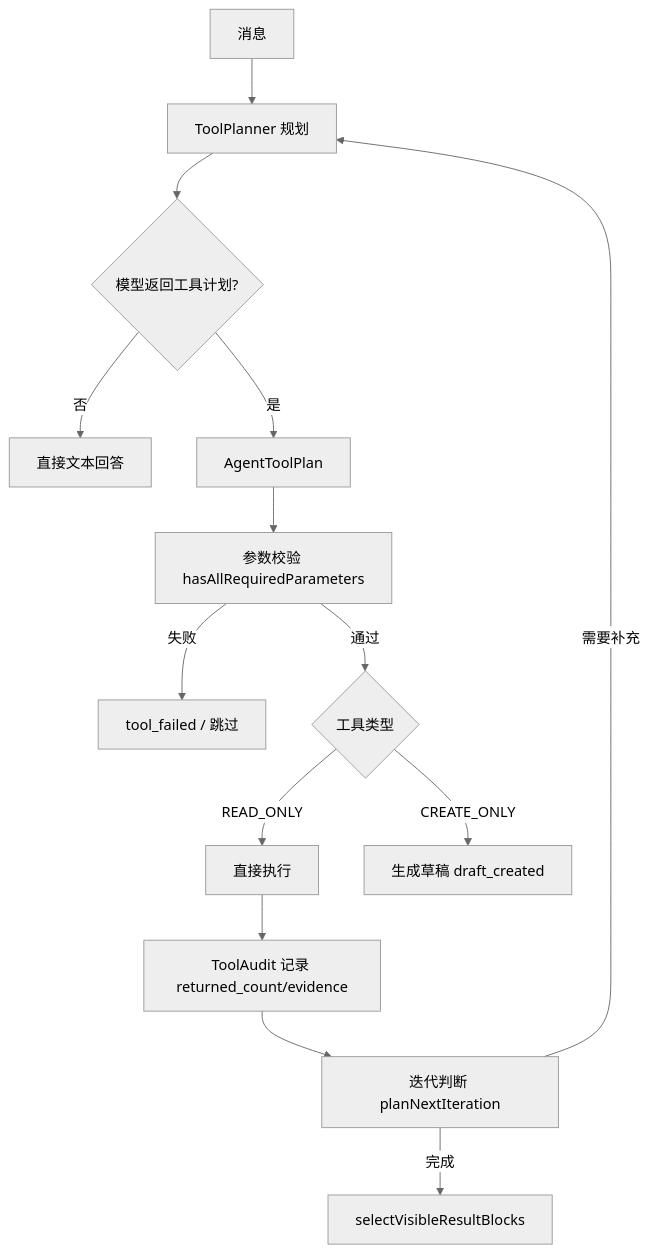
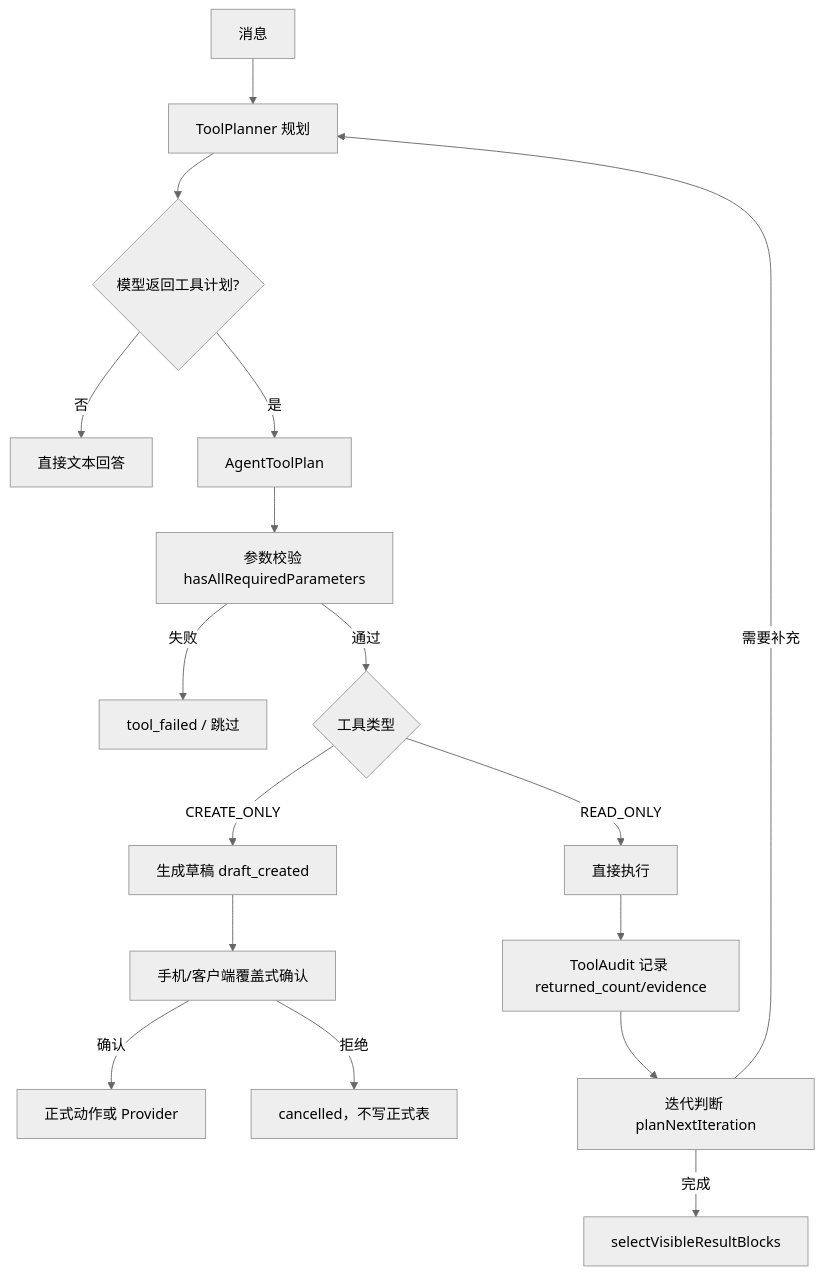
The diagram in docs/03_系统设计/Agent系统设计/工具选择与执行设计.md (sxyq/mastergoods), drawn with Mermaid (neutral theme) before and after one commit. The commit also changed other lines of this file and 12 other files, not shown here.

````diff
--- a/docs/03_系统设计/Agent系统设计/工具选择与执行设计.md
+++ b/docs/03_系统设计/Agent系统设计/工具选择与执行设计.md
@@ -48,16 +52,19 @@
 ```mermaid
 flowchart TD
     A[消息] --> B[ToolPlanner 规划]
     B --> C{模型返回工具计划?}
     C -->|否| D[直接文本回答]
     C -->|是| E[AgentToolPlan]
     E --> F[参数校验 hasAllRequiredParameters]
     F -->|失败| G[tool_failed / 跳过]
     F -->|通过| H{工具类型}
     H -->|READ_ONLY| I[直接执行]
     H -->|CREATE_ONLY| J[生成草稿 draft_created]
-    I --> K[ToolAudit 记录 returned_count/evidence]
-    K --> L[迭代判断 planNextIteration]
-    L -->|需要补充| B
-    L -->|完成| M[selectVisibleResultBlocks]
+    J --> K[手机/客户端覆盖式确认]
+    K -->|确认| L[正式动作或 Provider]
+    K -->|拒绝| M[cancelled，不写正式表]
+    I --> N[ToolAudit 记录 returned_count/evidence]
+    N --> O[迭代判断 planNextIteration]
+    O -->|需要补充| B
+    O -->|完成| P[selectVisibleResultBlocks]
 ```
````
